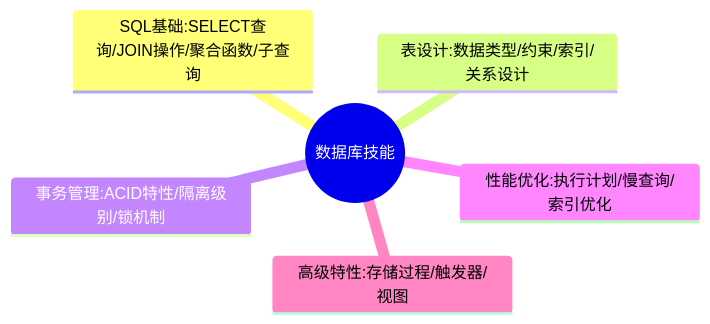
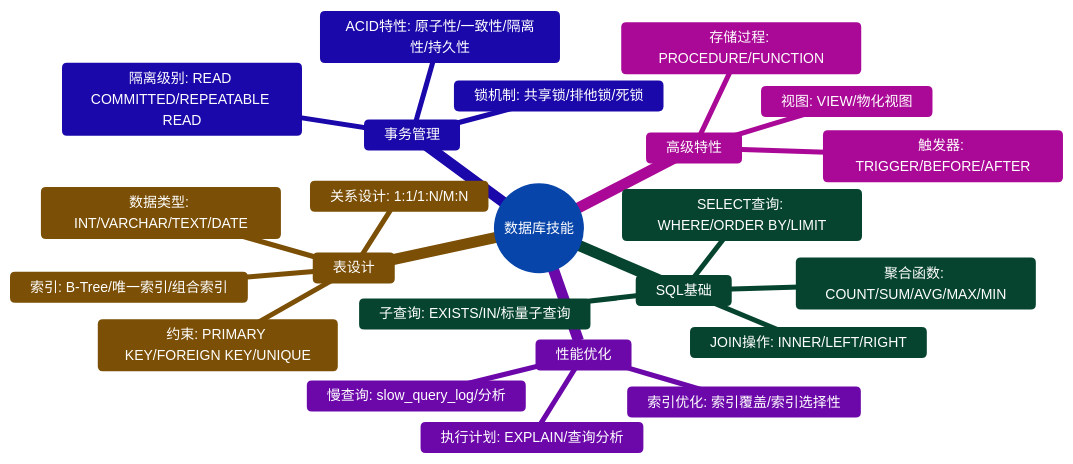
The third of 5 diagrams in ruoyi-fastapi-backend/docs/learning/06-后端知识地图/04-技术能力矩阵.md (hata33/ruoyi-fastapi-full-stack), drawn with Mermaid before and after one commit. The commit also changed other lines of this file and 9 other files, not shown here.

````diff
--- a/ruoyi-fastapi-backend/docs/learning/06-后端知识地图/04-技术能力矩阵.md
+++ b/ruoyi-fastapi-backend/docs/learning/06-后端知识地图/04-技术能力矩阵.md
@@ -117,9 +188,36 @@
 ```mermaid
+%%{init: {'theme': 'base', 'themeVariables': {
+  'primaryColor': '#3B82F6',
+  'primaryTextColor': '#fff',
+  'primaryBorderColor': '#2563EB',
+  'lineColor': '#6B7280',
+  'secondaryColor': '#10B981',
+  'tertiaryColor': '#F59E0B',
+  'background': '#f8fafc',
+  'fontSize': '14px'
+}}}%%
 mindmap
   root((数据库技能))
-    SQL基础:SELECT查询/JOIN操作/聚合函数/子查询
-    表设计:数据类型/约束/索引/关系设计
-    事务管理:ACID特性/隔离级别/锁机制
-    性能优化:执行计划/慢查询/索引优化
-    高级特性:存储过程/触发器/视图
+    SQL基础
+      SELECT查询: WHERE/ORDER BY/LIMIT
+      JOIN操作: INNER/LEFT/RIGHT
+      聚合函数: COUNT/SUM/AVG/MAX/MIN
+      子查询: EXISTS/IN/标量子查询
+    表设计
+      数据类型: INT/VARCHAR/TEXT/DATE
+      约束: PRIMARY KEY/FOREIGN KEY/UNIQUE
+      索引: B-Tree/唯一索引/组合索引
+      关系设计: 1:1/1:N/M:N
+    事务管理
+      ACID特性: 原子性/一致性/隔离性/持久性
+      隔离级别: READ COMMITTED/REPEATABLE READ
+      锁机制: 共享锁/排他锁/死锁
+    性能优化
+      执行计划: EXPLAIN/查询分析
+      慢查询: slow_query_log/分析
+      索引优化: 索引覆盖/索引选择性
+    高级特性
+      存储过程: PROCEDURE/FUNCTION
+      触发器: TRIGGER/BEFORE/AFTER
+      视图: VIEW/物化视图
 ```
````
